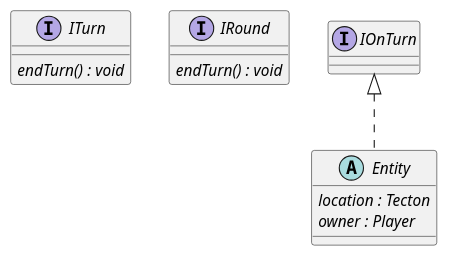
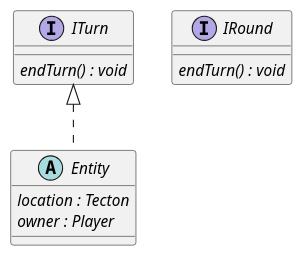
One commit to Petya-G/fungorium changed the diagram in 5/classes/core/core.puml. Above: the diagram before and after it, drawn with PlantUML. The commit also changed 2 other files, not shown here.

```diff
--- a/5/classes/core/core.puml
+++ b/5/classes/core/core.puml
@@ -1,16 +1,16 @@
 @startuml core
 
 interface ITurn{
     {abstract} endTurn() : void
 }
 
 interface IRound{
     {abstract} endTurn() : void
 }
 
-abstract class Entity implements IOnTurn{
+abstract class Entity implements ITurn{
     {abstract} location : Tecton
     {abstract} owner : Player
 }
 
 @enduml
```
